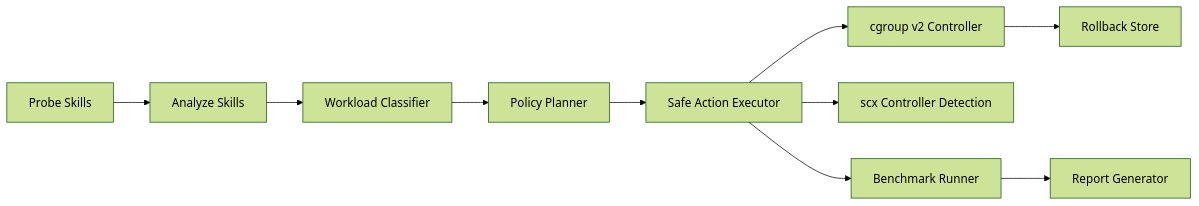
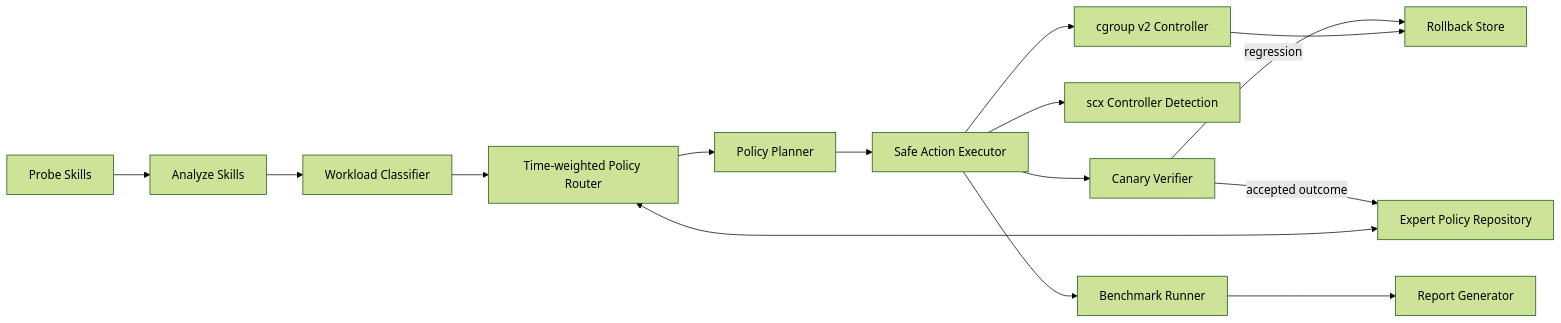
The diagram in README.md (SuperGh2233/SchedX-Agent), drawn with Mermaid (forest theme) before and after one commit. The commit also changed other lines of this file and 2 other files, not shown here.

Commit message:
feat: expose adaptive policy catalog

````diff
--- a/README.md
+++ b/README.md
@@ -44,12 +44,17 @@
 ```mermaid
 flowchart LR
   P[Probe Skills] --> A[Analyze Skills]
   A --> C[Workload Classifier]
-  C --> PL[Policy Planner]
+  C --> RT[Time-weighted Policy Router]
+  PR[Expert Policy Repository] <--> RT
+  RT --> PL[Policy Planner]
   PL --> EX[Safe Action Executor]
   EX --> CG[cgroup v2 Controller]
   EX --> SCX[scx Controller Detection]
+  EX --> V[Canary Verifier]
+  V -->|accepted outcome| PR
+  V -->|regression| RB
   CG --> RB[Rollback Store]
   EX --> B[Benchmark Runner]
   B --> R[Report Generator]
 ```
````
